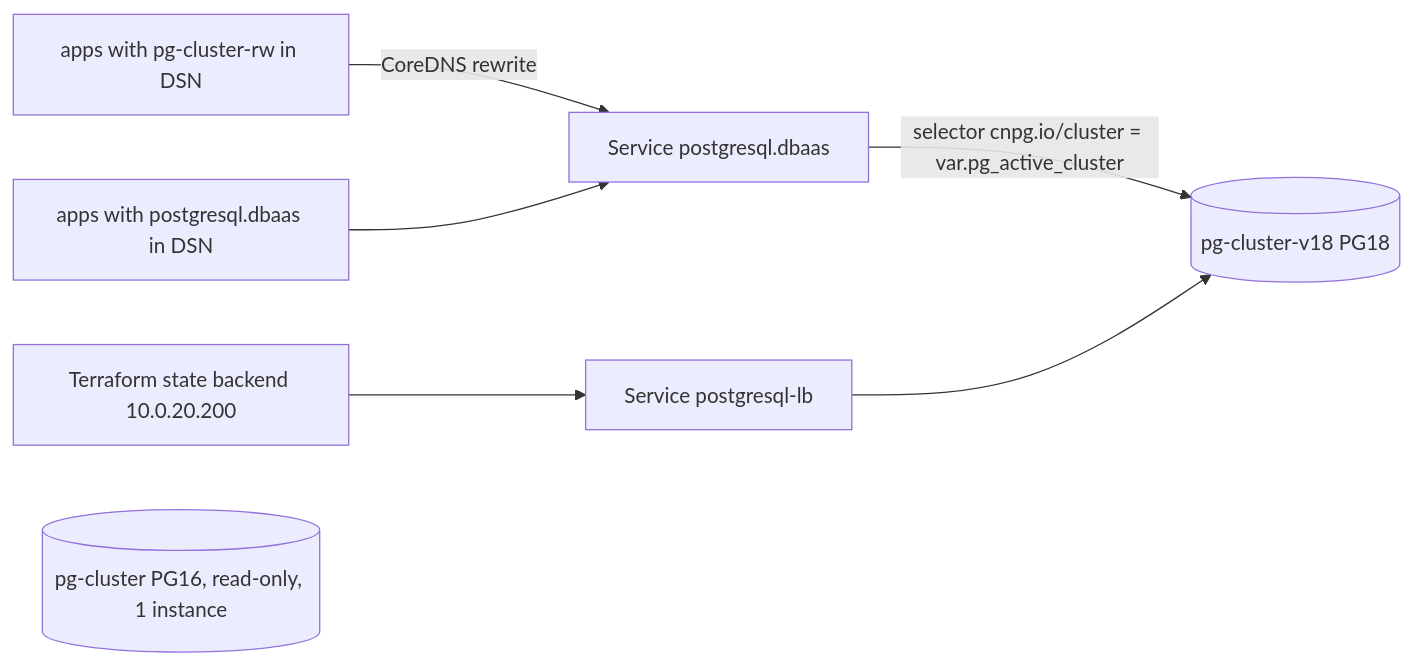
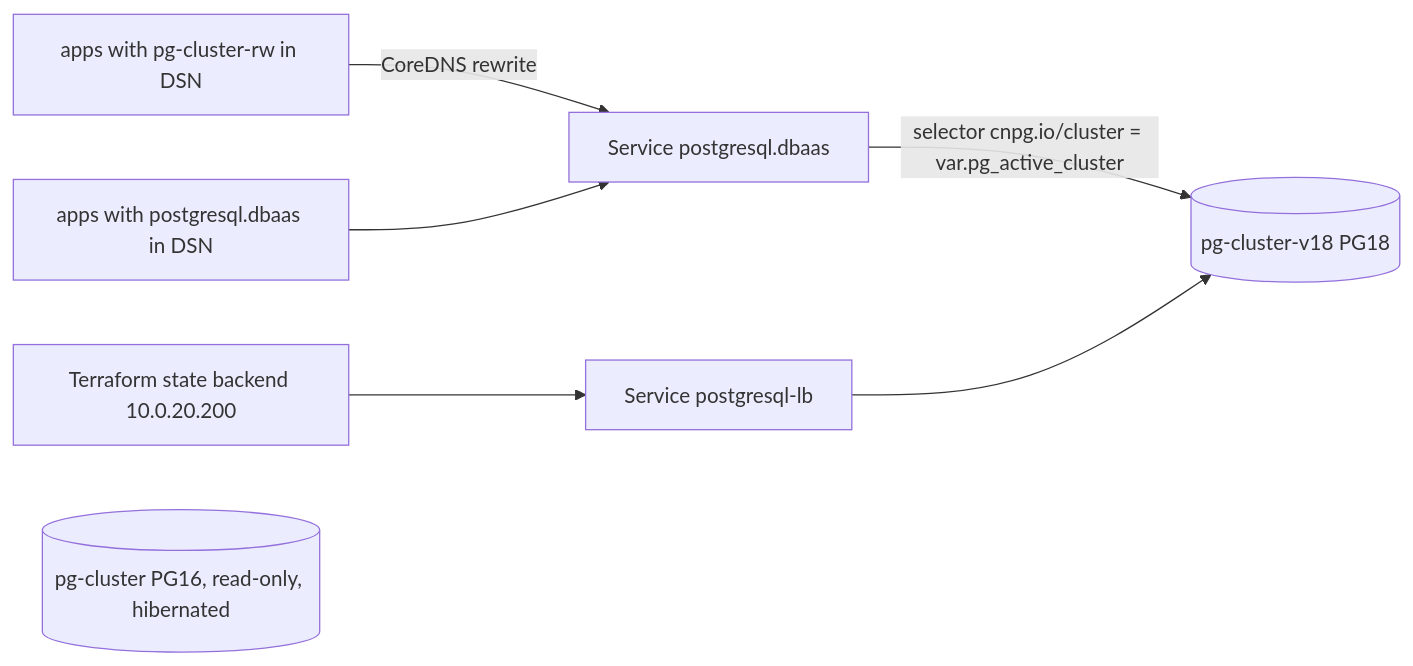
Before and after one commit to ViktorBarzin/infra: the diagram in docs/runbooks/pg-cluster-major-upgrade.md, drawn with Mermaid. The commit also changed other lines of this file and 8 other files, not shown here.

````diff
--- a/docs/runbooks/pg-cluster-major-upgrade.md
+++ b/docs/runbooks/pg-cluster-major-upgrade.md
@@ -22,9 +23,9 @@
 ```mermaid
 flowchart LR
   apps[apps with pg-cluster-rw in DSN] -->|CoreDNS rewrite| svc[Service postgresql.dbaas]
   apps2[apps with postgresql.dbaas in DSN] --> svc
   tf[Terraform state backend 10.0.20.200] --> lb[Service postgresql-lb]
   svc -->|selector cnpg.io/cluster = var.pg_active_cluster| v18[(pg-cluster-v18 PG18)]
   lb --> v18
-  old[(pg-cluster PG16, read-only, 1 instance)]
+  old[(pg-cluster PG16, read-only, hibernated)]
 ```
````
